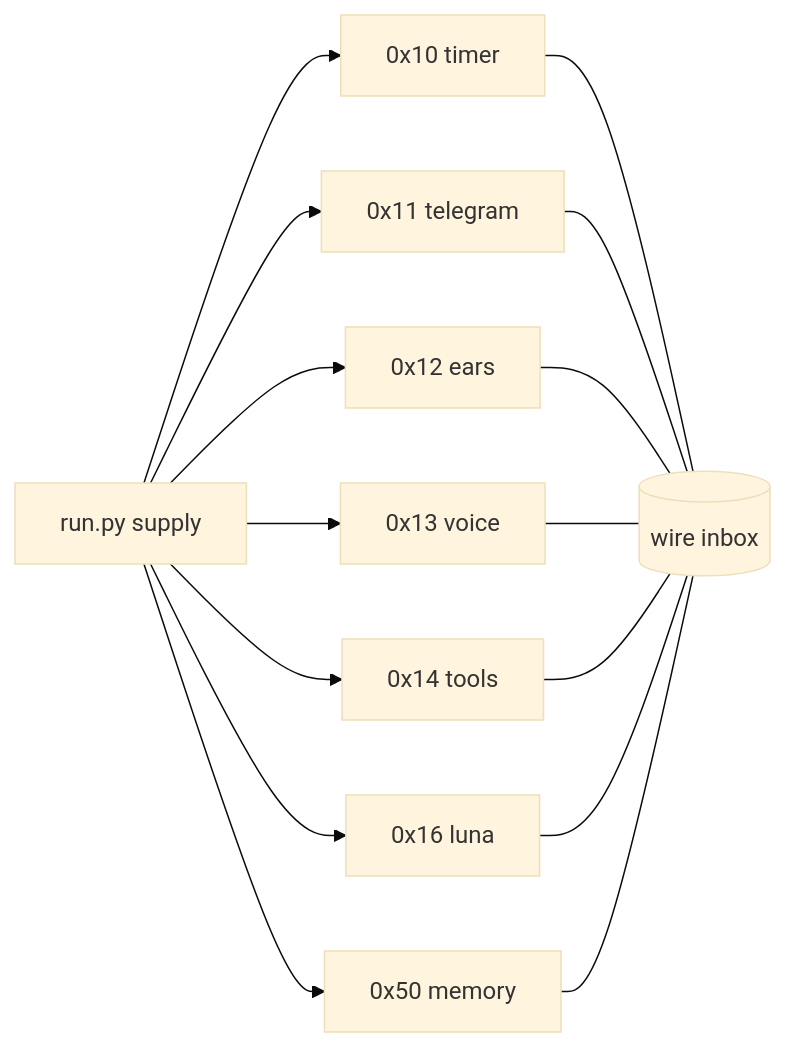
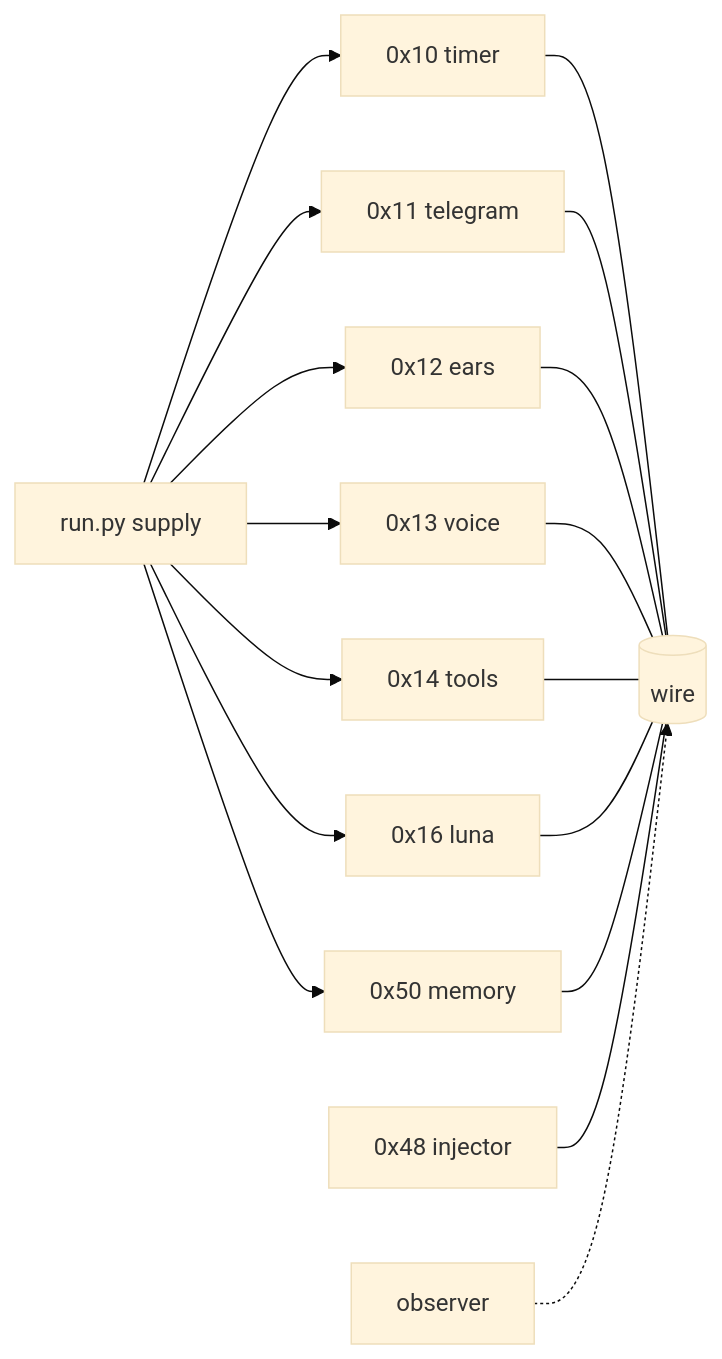
The diagram in README.md (wgabrys88/Trident), drawn with Mermaid (base theme) before and after one commit. The commit also changed other lines of this file and 12 other files, not shown here.

First line of the commit message:
Record the bus standards and add the injector and the observer

````diff
--- a/README.md
+++ b/README.md
@@ -5,25 +5,29 @@
 ```mermaid
 flowchart LR
   run[run.py supply]
   t10[0x10 timer]
   t11[0x11 telegram]
   t12[0x12 ears]
   t13[0x13 voice]
   t14[0x14 tools]
   t16[0x16 luna]
   t50[0x50 memory]
+  t48[0x48 injector]
+  obs[observer]
   run --> t10
   run --> t11
   run --> t12
   run --> t13
   run --> t14
   run --> t16
   run --> t50
-  t10 --- bus[(wire inbox)]
+  t10 --- bus[(wire)]
   t11 --- bus
   t12 --- bus
   t13 --- bus
   t14 --- bus
   t16 --- bus
   t50 --- bus
+  t48 --- bus
+  obs -.-> bus
 ```
````
